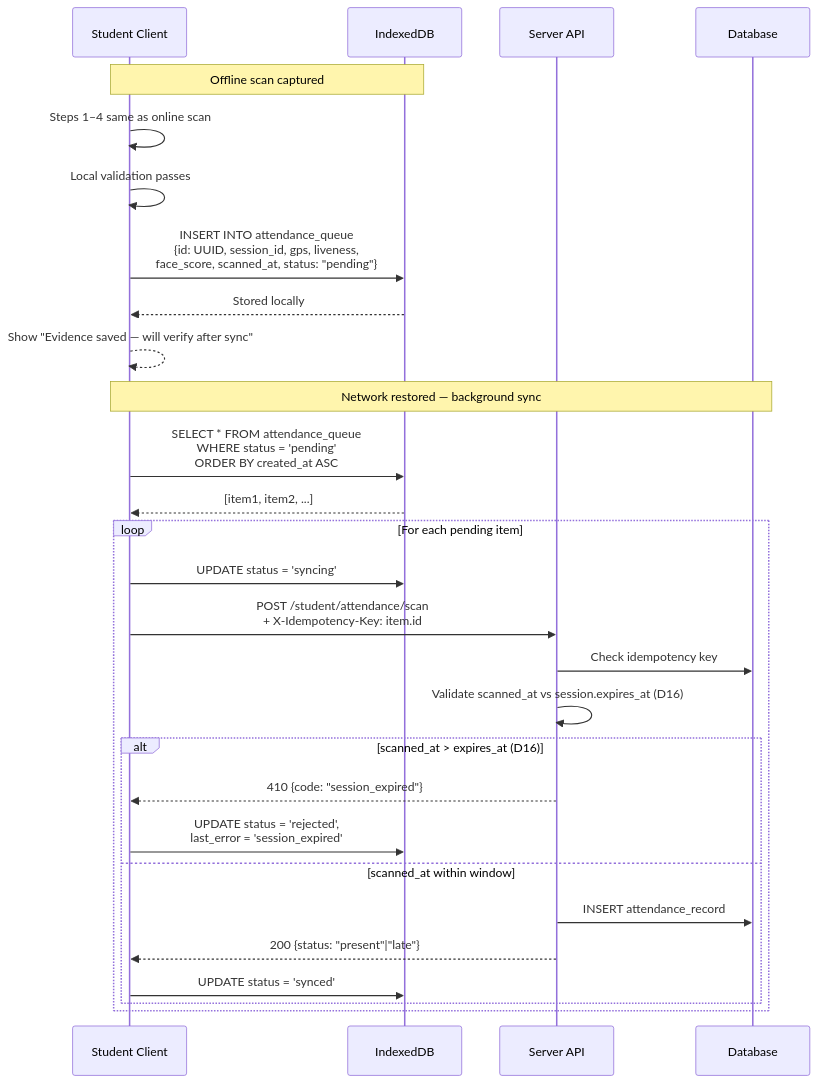
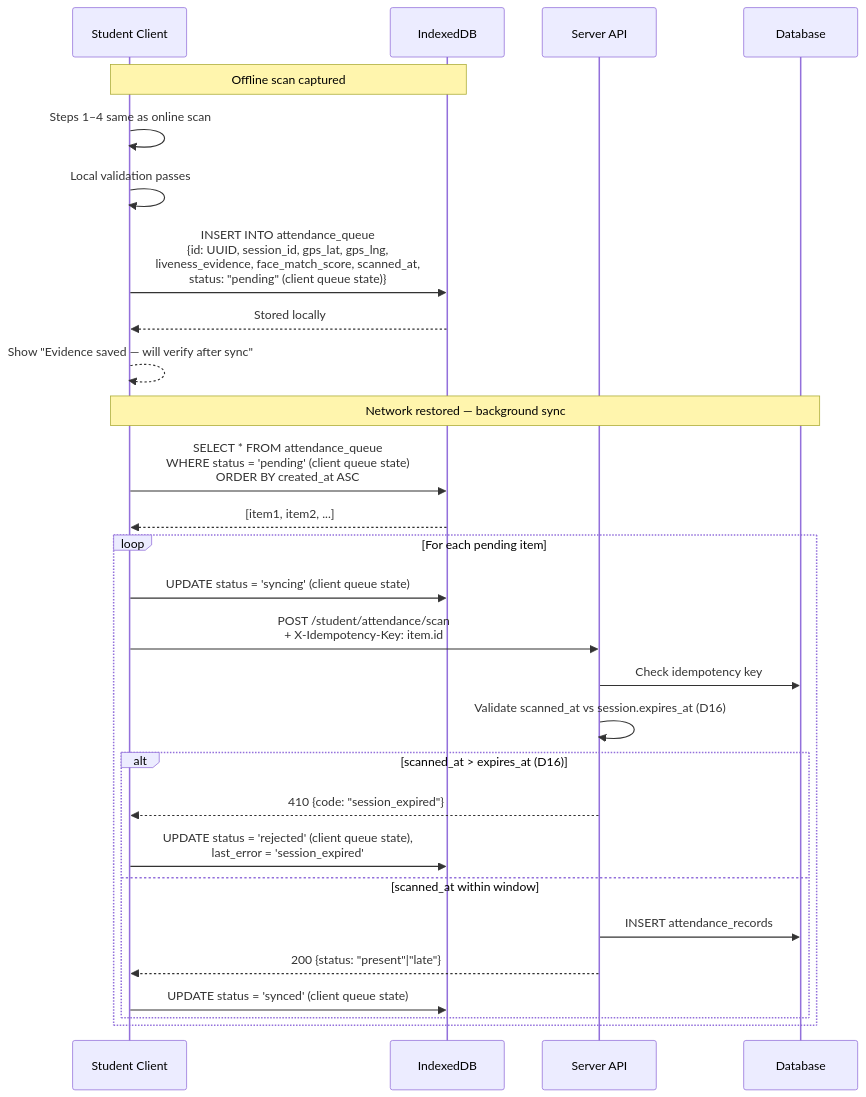
The second of 7 diagrams in docs/architecture/data-flow.md (dhenji/qr_based_attendance_system), drawn with Mermaid before and after one commit. The commit also changed other lines of this file and 47 other files, not shown here.

````diff
--- a/docs/architecture/data-flow.md
+++ b/docs/architecture/data-flow.md
@@ -72,36 +72,36 @@
 ```mermaid
 sequenceDiagram
     participant S as Student Client
     participant IDB as IndexedDB
     participant API as Server API
     participant DB as Database
 
     Note over S,IDB: Offline scan captured
 
     S->>S: Steps 1–4 same as online scan
     S->>S: Local validation passes
-    S->>IDB: INSERT INTO attendance_queue<br>{id: UUID, session_id, gps, liveness,<br>face_score, scanned_at, status: "pending"}
+    S->>IDB: INSERT INTO attendance_queue<br>{id: UUID, session_id, gps_lat, gps_lng,<br>liveness_evidence, face_match_score, scanned_at,<br>status: "pending" (client queue state)}
     IDB-->>S: Stored locally
     S-->>S: Show "Evidence saved — will verify after sync"
 
     Note over S,DB: Network restored — background sync
 
-    S->>IDB: SELECT * FROM attendance_queue<br>WHERE status = 'pending'<br>ORDER BY created_at ASC
+    S->>IDB: SELECT * FROM attendance_queue<br>WHERE status = 'pending' (client queue state)<br>ORDER BY created_at ASC
     IDB-->>S: [item1, item2, ...]
 
     loop For each pending item
-        S->>IDB: UPDATE status = 'syncing'
+        S->>IDB: UPDATE status = 'syncing' (client queue state)
         S->>API: POST /student/attendance/scan<br>+ X-Idempotency-Key: item.id
         API->>DB: Check idempotency key
         API->>API: Validate scanned_at vs session.expires_at (D16)
 
         alt scanned_at > expires_at (D16)
             API-->>S: 410 {code: "session_expired"}
-            S->>IDB: UPDATE status = 'rejected',<br>last_error = 'session_expired'
+            S->>IDB: UPDATE status = 'rejected' (client queue state),<br>last_error = 'session_expired'
         else scanned_at within window
-            API->>DB: INSERT attendance_record
+            API->>DB: INSERT attendance_records
             API-->>S: 200 {status: "present"|"late"}
-            S->>IDB: UPDATE status = 'synced'
+            S->>IDB: UPDATE status = 'synced' (client queue state)
         end
     end
 ```
````
